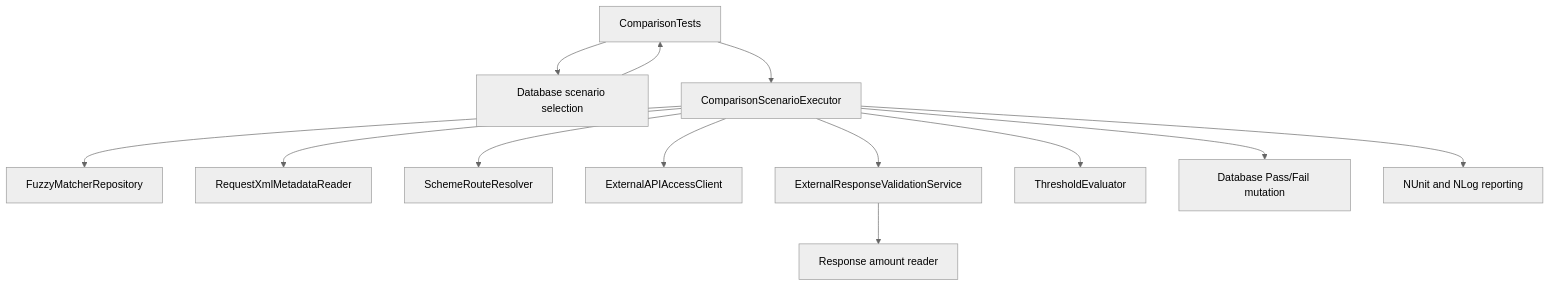
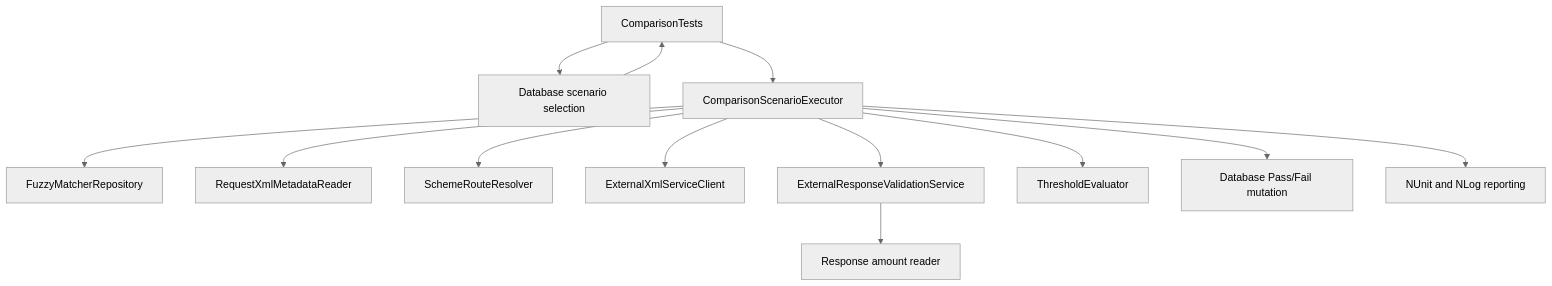
One commit to ChetanChohan7/playwright-bdd-acorn changed the third of 3 diagrams in FuzzyPricingMatcher/docs/architecture.md. Above: the diagram before and after it, drawn with Mermaid (neutral theme). The commit also changed other lines of this file and 627 other files, not shown here.

````diff
--- a/FuzzyPricingMatcher/docs/architecture.md
+++ b/FuzzyPricingMatcher/docs/architecture.md
@@ -328,28 +320,28 @@
 ```mermaid
 flowchart TD
     CT[ComparisonTests]
     SOURCE[Database scenario selection]
     EXEC[ComparisonScenarioExecutor]
     REPO[FuzzyMatcherRepository]
     XML[RequestXmlMetadataReader]
     ROUTE[SchemeRouteResolver]
-    API[ExternalAPIAccessClient]
+    API[ExternalXmlServiceClient]
     VALIDATE[ExternalResponseValidationService]
     AMOUNT[Response amount reader]
     THRESHOLD[ThresholdEvaluator]
     UPDATE[Database Pass/Fail mutation]
     REPORT[NUnit and NLog reporting]
 
     CT --> SOURCE
     SOURCE --> CT
     CT --> EXEC
     EXEC --> REPO
     EXEC --> XML
     EXEC --> ROUTE
     EXEC --> API
     EXEC --> VALIDATE
     VALIDATE --> AMOUNT
     EXEC --> THRESHOLD
     EXEC --> UPDATE
     EXEC --> REPORT
 ```
````
